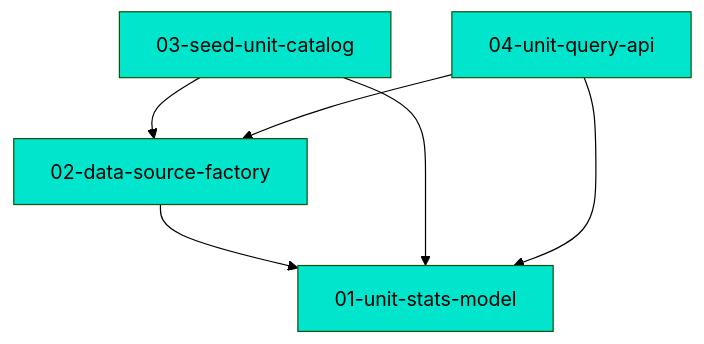
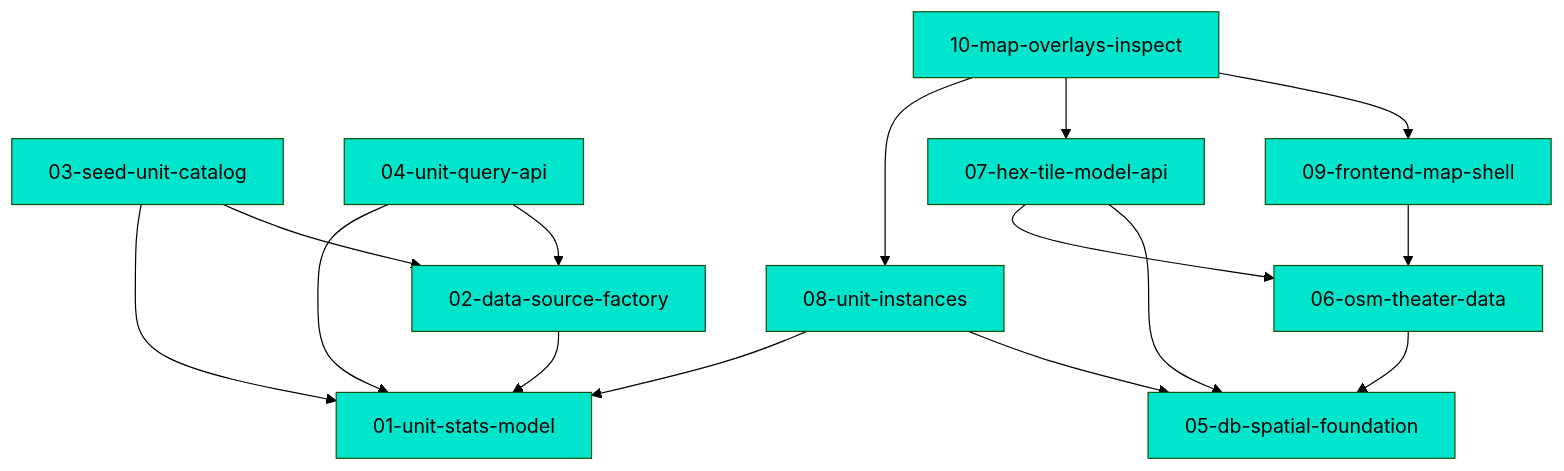
Before and after one commit to JanderHungrige/Battlefuel: the diagram in .mdd/connections.md, drawn with Mermaid (forest theme). The commit also changed other lines of this file and 44 other files, not shown here.

First line of the commit message:
feat(map): Wave 2 frontend — MapLibre shell, hex/unit overlays, inspect

````diff
--- a/.mdd/connections.md
+++ b/.mdd/connections.md
@@ -25,18 +38,33 @@
 ```mermaid
 graph TD
     d01["01-unit-stats-model"]:::complete
     d02["02-data-source-factory"]:::complete
     d03["03-seed-unit-catalog"]:::complete
     d04["04-unit-query-api"]:::complete
+    d05["05-db-spatial-foundation"]:::complete
+    d06["06-osm-theater-data"]:::complete
+    d07["07-hex-tile-model-api"]:::complete
+    d08["08-unit-instances"]:::complete
+    d09["09-frontend-map-shell"]:::complete
+    d10["10-map-overlays-inspect"]:::complete
 
     d02 --> d01
     d03 --> d02
     d03 --> d01
     d04 --> d02
     d04 --> d01
+    d06 --> d05
+    d07 --> d05
+    d07 --> d06
+    d08 --> d05
+    d08 --> d01
+    d09 --> d06
+    d10 --> d09
+    d10 --> d07
+    d10 --> d08
 
     classDef complete fill:#00e5cc,color:#000
     classDef in_progress fill:#ffaa00,color:#000
     classDef draft fill:#888,color:#fff
     classDef deprecated fill:#555,color:#aaa
 ```
````
